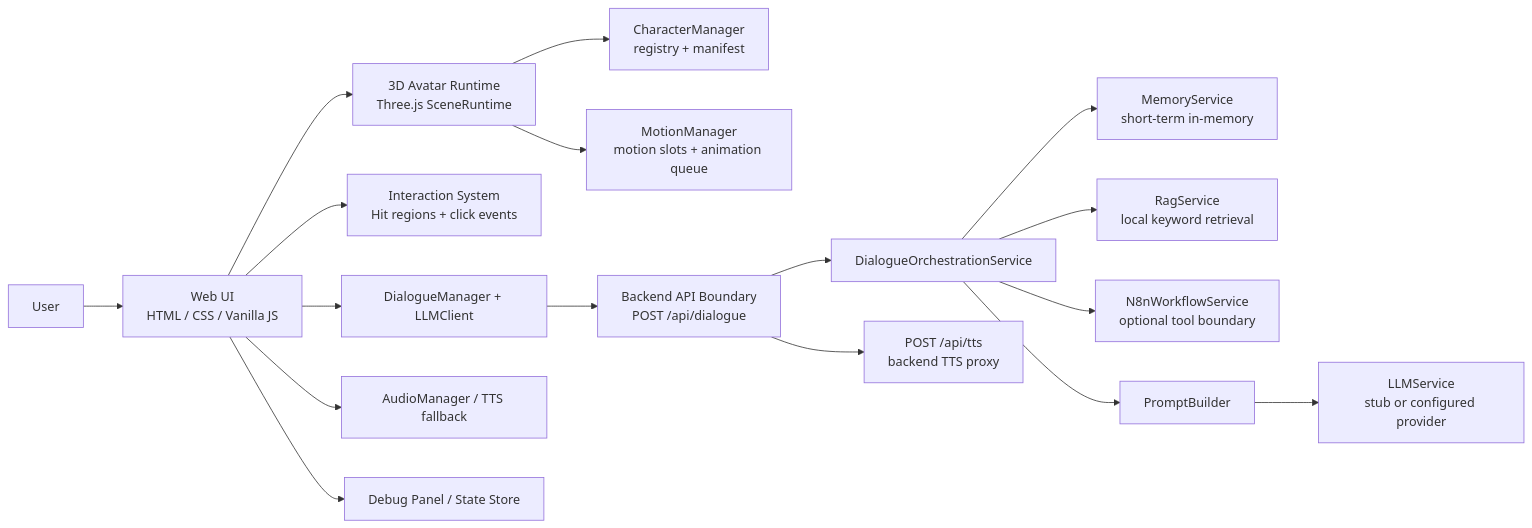
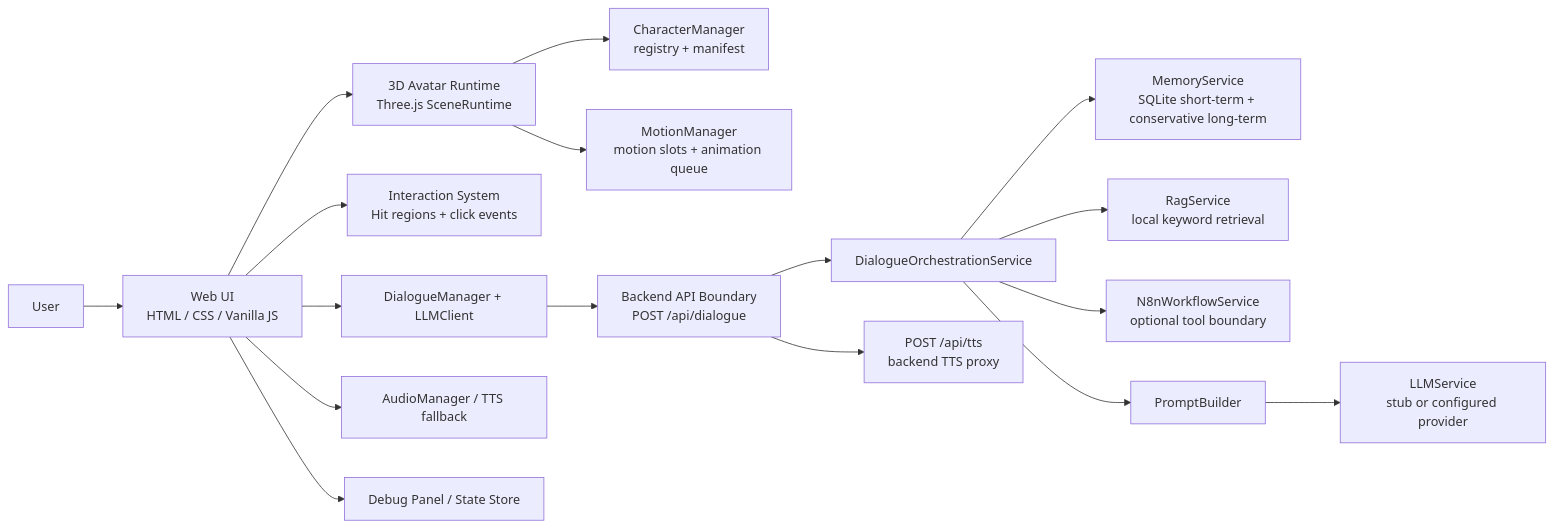
The diagram in README.md (fangwendongcs/AI_Companion_alice), drawn with Mermaid before and after one commit. The commit also changed other lines of this file and 17 other files, not shown here.

Commit message:
feat: add conservative long-term memory flow

````diff
--- a/README.md
+++ b/README.md
@@ -29,22 +29,22 @@
 ```mermaid
 flowchart LR
   User["User"] --> UI["Web UI<br/>HTML / CSS / Vanilla JS"]
   UI --> Avatar["3D Avatar Runtime<br/>Three.js SceneRuntime"]
   UI --> Interaction["Interaction System<br/>Hit regions + click events"]
   UI --> Dialogue["DialogueManager + LLMClient"]
   UI --> Audio["AudioManager / TTS fallback"]
   UI --> Debug["Debug Panel / State Store"]
 
   Avatar --> Character["CharacterManager<br/>registry + manifest"]
   Avatar --> Motion["MotionManager<br/>motion slots + animation queue"]
 
   Dialogue --> API["Backend API Boundary<br/>POST /api/dialogue"]
   API --> Orchestrator["DialogueOrchestrationService"]
-  Orchestrator --> Memory["MemoryService<br/>short-term in-memory"]
+  Orchestrator --> Memory["MemoryService<br/>SQLite short-term + conservative long-term"]
   Orchestrator --> RAG["RagService<br/>local keyword retrieval"]
   Orchestrator --> Workflow["N8nWorkflowService<br/>optional tool boundary"]
   Orchestrator --> Prompt["PromptBuilder"]
   Prompt --> LLM["LLMService<br/>stub or configured provider"]
 
   API --> TTS["POST /api/tts<br/>backend TTS proxy"]
 ```
````
